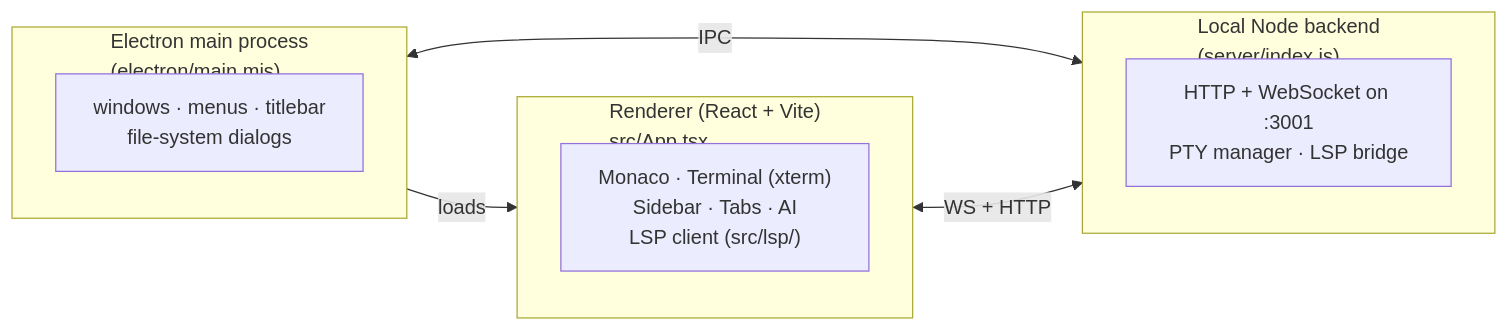
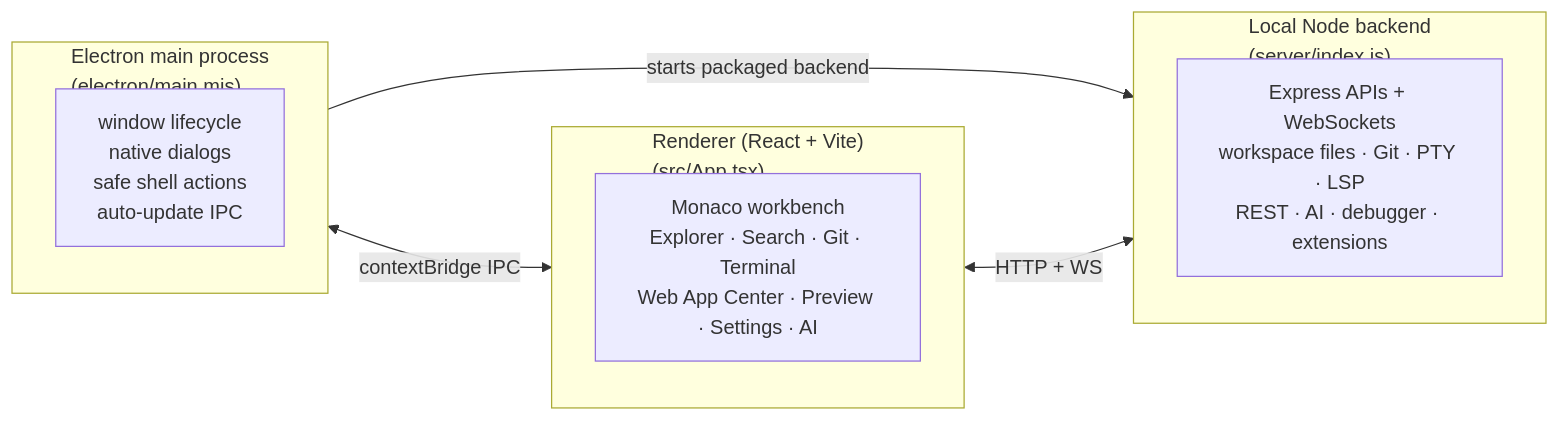
Before and after one commit to BlinkCodeOrg/BlinkCode: the diagram in docs/EN/architecture.md, drawn with Mermaid. The commit also changed other lines of this file and 1 other file, not shown here.

Commit message:
Update architecture docs

````diff
--- a/docs/EN/architecture.md
+++ b/docs/EN/architecture.md
@@ -29,21 +29,21 @@
 ```mermaid
 flowchart LR
     subgraph Electron["Electron main process<br/>(electron/main.mjs)"]
         direction TB
-        M["windows · menus · titlebar<br/>file-system dialogs"]
+        M["window lifecycle<br/>native dialogs<br/>safe shell actions<br/>auto-update IPC"]
     end
 
     subgraph Backend["Local Node backend<br/>(server/index.js)"]
         direction TB
-        B["HTTP + WebSocket on :3001<br/>PTY manager · LSP bridge"]
+        B["Express APIs + WebSockets<br/>workspace files · Git · PTY · LSP<br/>REST · AI · debugger · extensions"]
     end
 
-    subgraph Renderer["Renderer (React + Vite)<br/>src/App.tsx"]
+    subgraph Renderer["Renderer (React + Vite)<br/>(src/App.tsx)"]
         direction TB
-        R["Monaco · Terminal (xterm)<br/>Sidebar · Tabs · AI<br/>LSP client (src/lsp/)"]
+        R["Monaco workbench<br/>Explorer · Search · Git · Terminal<br/>Web App Center · Preview · Settings · AI"]
     end
 
-    Electron <-- IPC --> Backend
-    Electron -- loads --> Renderer
-    Renderer <-- WS + HTTP --> Backend
+    Electron <-- "contextBridge IPC" --> Renderer
+    Electron -- "starts packaged backend" --> Backend
+    Renderer <-- "HTTP + WS" --> Backend
 ```
````
